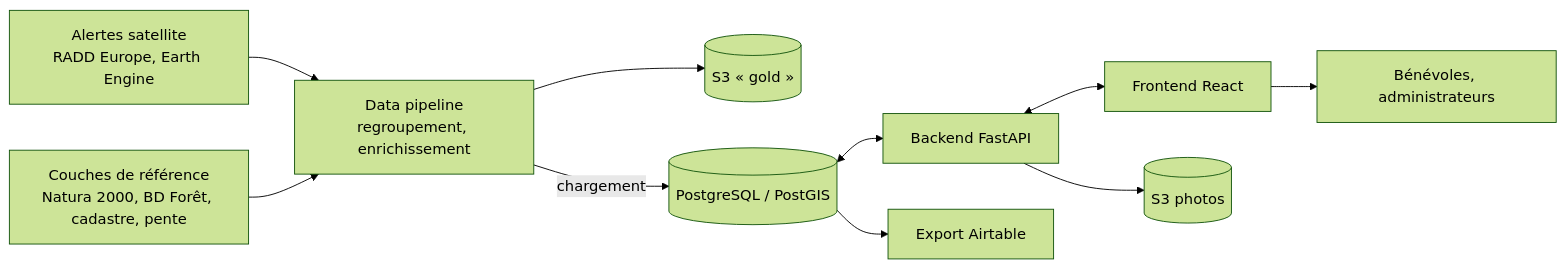
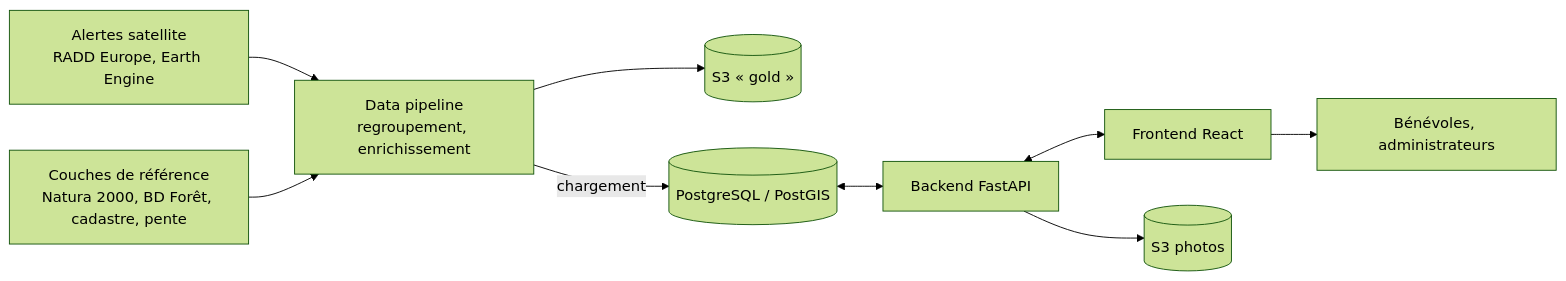
The first of 3 diagrams in docs/architecture.md (dataforgoodfr/13_brigade_coupes_rases), drawn with Mermaid (forest theme) before and after one commit. The commit also changed 13 other files, not shown here.

````diff
--- a/docs/architecture.md
+++ b/docs/architecture.md
@@ -7,12 +7,11 @@
 ```mermaid
 flowchart LR
     RADD[Alertes satellite<br>RADD Europe, Earth Engine] --> P[Data pipeline<br>regroupement, enrichissement]
     REF[Couches de référence<br>Natura 2000, BD Forêt, cadastre, pente] --> P
     P --> S3[(S3 « gold »)]
     P -- chargement --> DB[(PostgreSQL / PostGIS)]
     DB <--> API[Backend FastAPI]
     API <--> FRONT[Frontend React]
     FRONT --> V[Bénévoles, administrateurs]
     API --> PHOTOS[(S3 photos)]
-    DB --> AT[Export Airtable]
 ```
````
